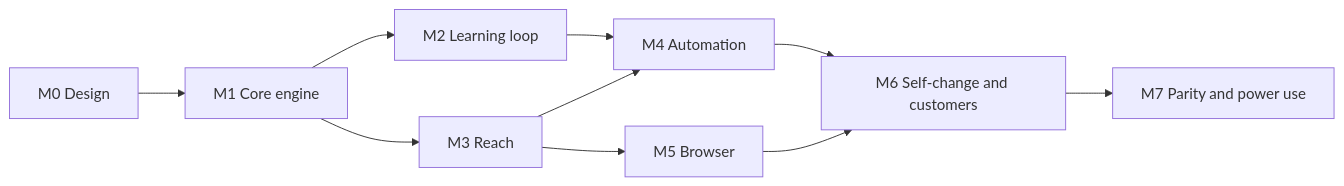
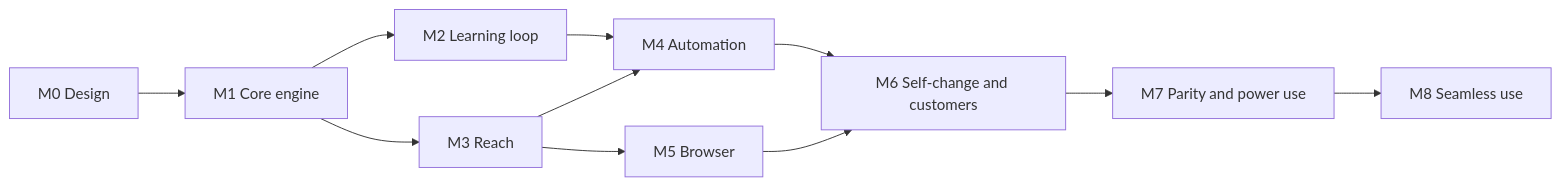
Before and after one commit to nikhilllmno/Nikhil_claw: the diagram in docs/roadmap.md, drawn with Mermaid. The commit also changed other lines of this file and 39 other files, not shown here.

````diff
--- a/docs/roadmap.md
+++ b/docs/roadmap.md
@@ -25,12 +26,13 @@
 ```mermaid
 flowchart LR
   M0["M0 Design"] --> M1["M1 Core engine"]
   M1 --> M2["M2 Learning loop"]
   M1 --> M3["M3 Reach"]
   M2 --> M4["M4 Automation"]
   M3 --> M4
   M3 --> M5["M5 Browser"]
   M4 --> M6["M6 Self-change and customers"]
   M5 --> M6
   M6 --> M7["M7 Parity and power use"]
+  M7 --> M8["M8 Seamless use"]
 ```
````
